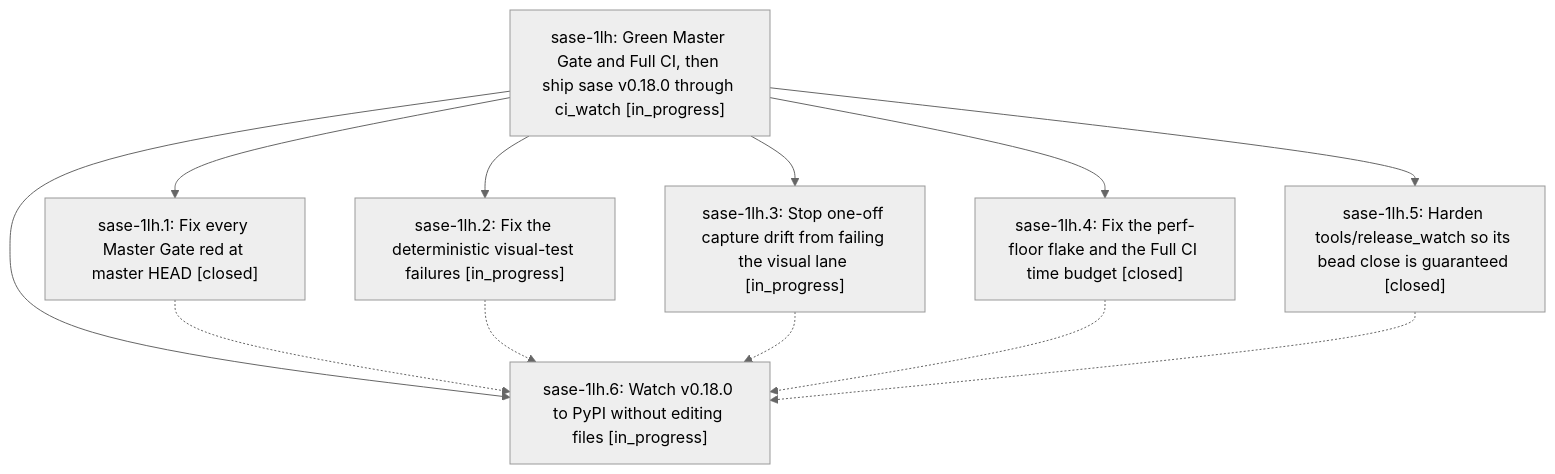
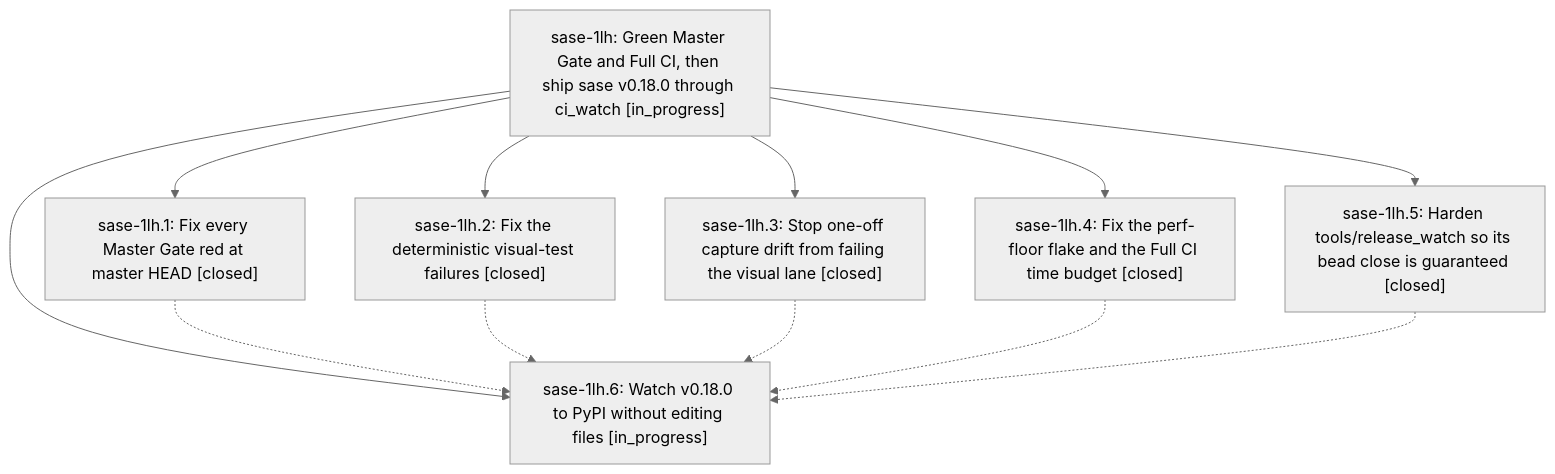
The diagram in pages/sase-1lh/README.md (sase-org/sase--beads), drawn with Mermaid (neutral theme) before and after one commit. The commit also changed other lines of this file and 5 other files, not shown here.

````diff
--- a/pages/sase-1lh/README.md
+++ b/pages/sase-1lh/README.md
@@ -41,21 +41,21 @@
 ```mermaid
 flowchart TD
     n0["sase-1lh: Green Master Gate and Full CI, then ship sase v0.18.0 through ci_watch [in_progress]"]
     n1["sase-1lh.1: Fix every Master Gate red at master HEAD [closed]"]
-    n2["sase-1lh.2: Fix the deterministic visual-test failures [in_progress]"]
-    n3["sase-1lh.3: Stop one-off capture drift from failing the visual lane [in_progress]"]
+    n2["sase-1lh.2: Fix the deterministic visual-test failures [closed]"]
+    n3["sase-1lh.3: Stop one-off capture drift from failing the visual lane [closed]"]
     n4["sase-1lh.4: Fix the perf-floor flake and the Full CI time budget [closed]"]
     n5["sase-1lh.5: Harden tools/release_watch so its bead close is guaranteed [closed]"]
     n6["sase-1lh.6: Watch v0.18.0 to PyPI without editing files [in_progress]"]
     n0 --> n1
     n0 --> n2
     n0 --> n3
     n0 --> n4
     n0 --> n5
     n0 --> n6
     n1 -.-> n6
     n2 -.-> n6
     n3 -.-> n6
     n4 -.-> n6
     n5 -.-> n6
 ```
````
